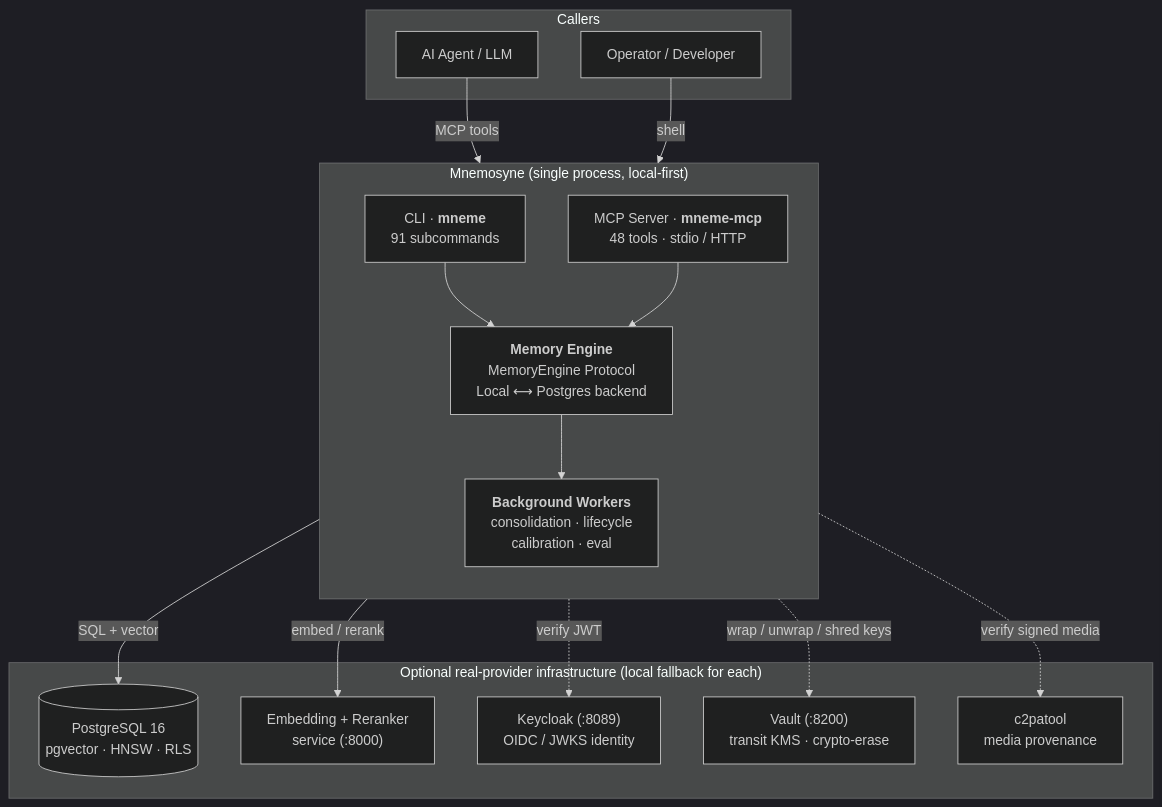
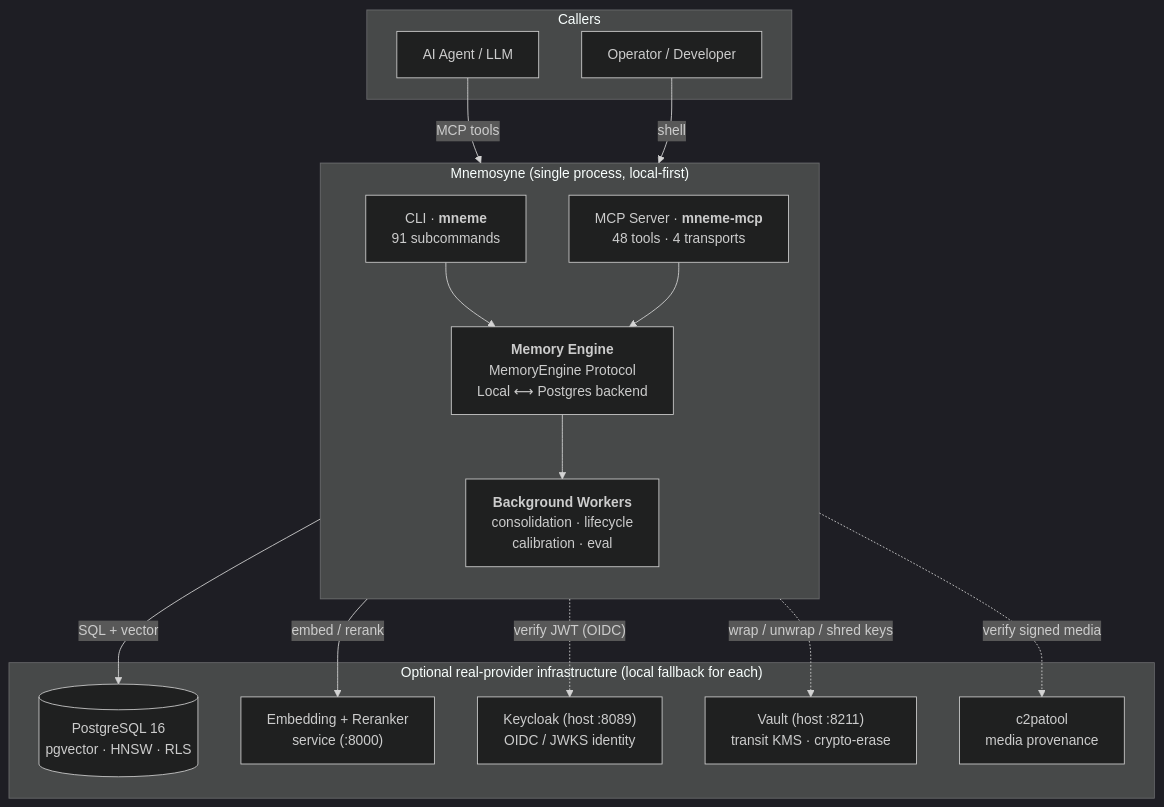
Before and after one commit to onfire7777/Mnemosyne: the first of 8 diagrams in docs/ARCHITECTURE-OVERVIEW.md, drawn with Mermaid (dark theme). The commit also changed other lines of this file, not shown here.

First line of the commit message:
docs(architecture): clarify current runtime topology

````diff
--- a/docs/ARCHITECTURE-OVERVIEW.md
+++ b/docs/ARCHITECTURE-OVERVIEW.md
@@ -26,34 +30,34 @@
 ```mermaid
 flowchart TB
     subgraph clients["Callers"]
         AGENT["AI Agent / LLM"]
         HUMAN["Operator / Developer"]
     end
 
     subgraph mneme["Mnemosyne (single process, local-first)"]
         direction TB
-  CLI["CLI · <b>mneme</b><br/>91 subcommands"]
-        MCP["MCP Server · <b>mneme-mcp</b><br/>48 tools · stdio / HTTP"]
+        CLI["CLI · <b>mneme</b><br/>91 subcommands"]
+        MCP["MCP Server · <b>mneme-mcp</b><br/>48 tools · 4 transports"]
         ENGINE["<b>Memory Engine</b><br/>MemoryEngine Protocol<br/>Local ⟷ Postgres backend"]
         WORK["<b>Background Workers</b><br/>consolidation · lifecycle<br/>calibration · eval"]
         CLI --> ENGINE
         MCP --> ENGINE
         ENGINE --> WORK
     end
 
     subgraph infra["Optional real-provider infrastructure (local fallback for each)"]
         PG[("PostgreSQL 16<br/>pgvector · HNSW · RLS")]
         EMB["Embedding + Reranker<br/>service (:8000)"]
-        KC["Keycloak (:8089)<br/>OIDC / JWKS identity"]
-        VAULT["Vault (:8200)<br/>transit KMS · crypto-erase"]
+        KC["Keycloak (host :8089)<br/>OIDC / JWKS identity"]
+        VAULT["Vault (host :8211)<br/>transit KMS · crypto-erase"]
         C2PA["c2patool<br/>media provenance"]
     end
 
     AGENT -->|"MCP tools"| MCP
     HUMAN -->|"shell"| CLI
     ENGINE -->|"SQL + vector"| PG
     ENGINE -->|"embed / rerank"| EMB
-    ENGINE -. "verify JWT" .-> KC
+    ENGINE -. "verify JWT (OIDC)" .-> KC
     ENGINE -. "wrap / unwrap / shred keys" .-> VAULT
     ENGINE -. "verify signed media" .-> C2PA
 ```
````
